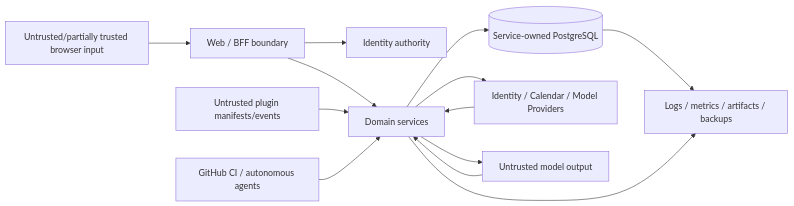
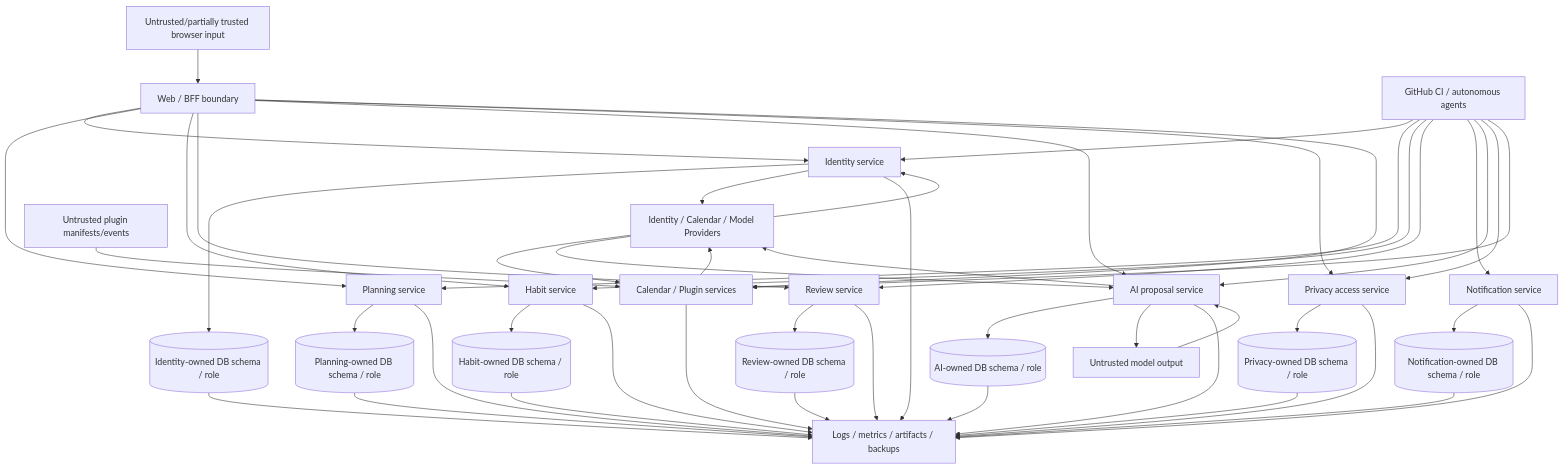
The diagram in docs/THREAT_MODEL.md (ContextualWisdomLab/life-os), drawn with Mermaid before and after one commit. The commit also changed other lines of this file, not shown here.

Commit message:
docs: make service-owned database trust boundaries explicit

````diff
--- a/docs/THREAT_MODEL.md
+++ b/docs/THREAT_MODEL.md
@@ -35,26 +36,78 @@
 ```mermaid
-flowchart LR
+flowchart TB
     Browser[Untrusted/partially trusted browser input]
     Web[Web / BFF boundary]
-    Identity[Identity authority]
-    Domains[Domain services]
-    DB[(Service-owned PostgreSQL)]
+    Identity[Identity service]
+    Planning[Planning service]
+    Habit[Habit service]
+    Review[Review service]
+    Notification[Notification service]
+    AI[AI proposal service]
+    Privacy[Privacy access service]
+    Integrations[Calendar / Plugin services]
+
+    IdentityDB[(Identity-owned DB schema / role)]
+    PlanningDB[(Planning-owned DB schema / role)]
+    HabitDB[(Habit-owned DB schema / role)]
+    ReviewDB[(Review-owned DB schema / role)]
+    NotificationDB[(Notification-owned DB schema / role)]
+    AIDB[(AI-owned DB schema / role)]
+    PrivacyDB[(Privacy-owned DB schema / role)]
+
     External[Identity / Calendar / Model Providers]
     Model[Untrusted model output]
     Plugin[Untrusted plugin manifests/events]
     CI[GitHub CI / autonomous agents]
     Artifacts[Logs / metrics / artifacts / backups]
 
     Browser --> Web
     Web --> Identity
-    Web --> Domains
-    Domains --> DB
-    Domains --> External
-    External --> Domains
-    Domains --> Model
-    Model --> Domains
-    Plugin --> Domains
-    CI --> Domains
-    DB --> Artifacts
-    Domains --> Artifacts
+    Web --> Planning
+    Web --> Habit
+    Web --> Review
+    Web --> AI
+    Web --> Privacy
+    Web --> Integrations
+
+    Identity --> IdentityDB
+    Planning --> PlanningDB
+    Habit --> HabitDB
+    Review --> ReviewDB
+    Notification --> NotificationDB
+    AI --> AIDB
+    Privacy --> PrivacyDB
+
+    Identity --> External
+    Integrations --> External
+    AI --> External
+    External --> Identity
+    External --> Integrations
+    External --> AI
+    AI --> Model
+    Model --> AI
+    Plugin --> Integrations
+    CI --> Identity
+    CI --> Planning
+    CI --> Habit
+    CI --> Review
+    CI --> Notification
+    CI --> AI
+    CI --> Privacy
+    CI --> Integrations
+
+    IdentityDB --> Artifacts
+    PlanningDB --> Artifacts
+    HabitDB --> Artifacts
+    ReviewDB --> Artifacts
+    NotificationDB --> Artifacts
+    AIDB --> Artifacts
+    PrivacyDB --> Artifacts
+    Identity --> Artifacts
+    Planning --> Artifacts
+    Habit --> Artifacts
+    Review --> Artifacts
+    Notification --> Artifacts
+    AI --> Artifacts
+    Privacy --> Artifacts
+    Integrations --> Artifacts
 ```
````
